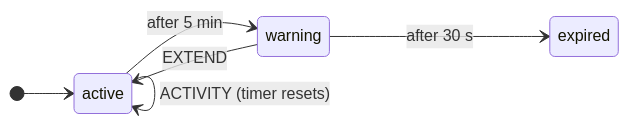
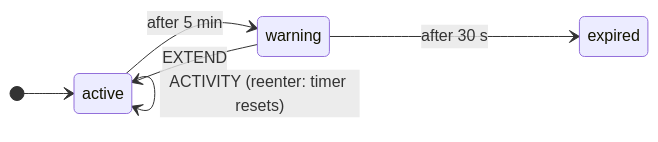
One commit to basiltt/xstate-statemachine changed the first of 2 diagrams in docs/_guide/delayed-transitions.md. Above: the diagram before and after it, drawn with Mermaid. The commit also changed other lines of this file and 49 other files, not shown here.

````diff
--- a/docs/_guide/delayed-transitions.md
+++ b/docs/_guide/delayed-transitions.md
@@ -12,9 +12,9 @@
 ```mermaid
 stateDiagram-v2
     direction LR
     [*] --> active
     active --> warning : after 5 min
     warning --> expired : after 30 s
     warning --> active : EXTEND
-    active --> active : ACTIVITY (timer resets)
+    active --> active : ACTIVITY (reenter: timer resets)
 ```
````
